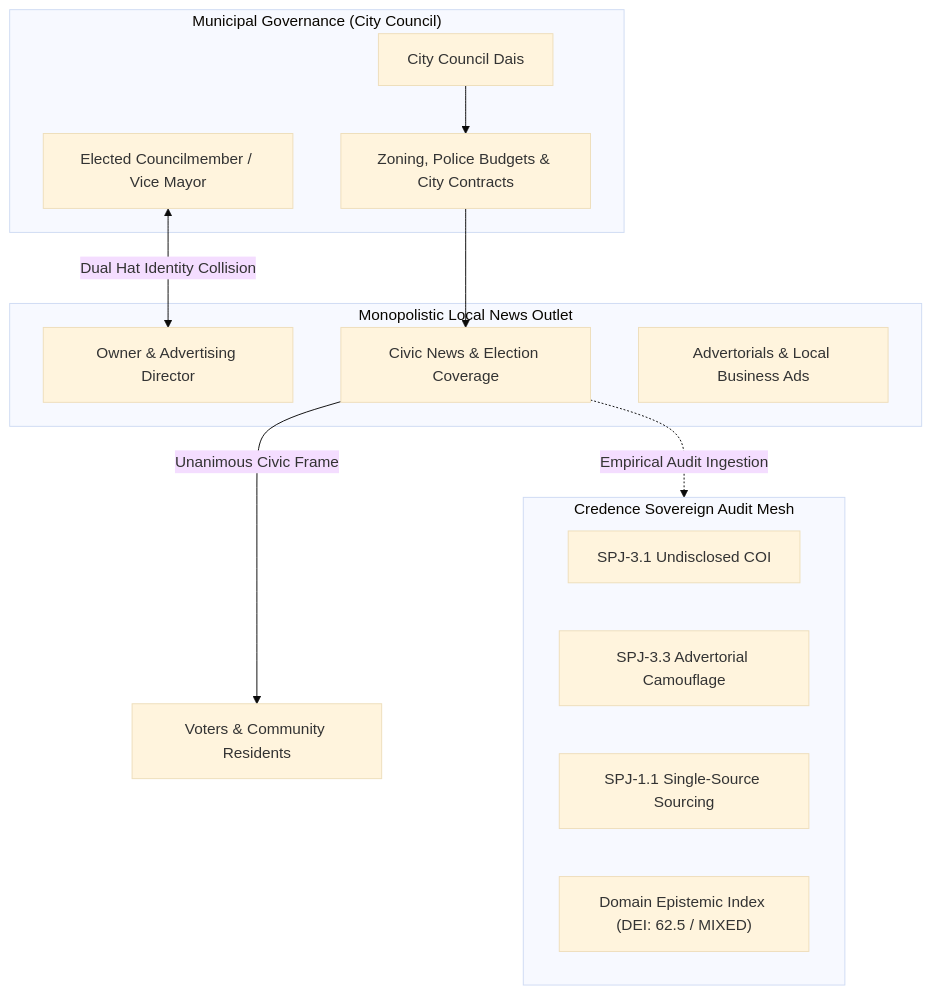
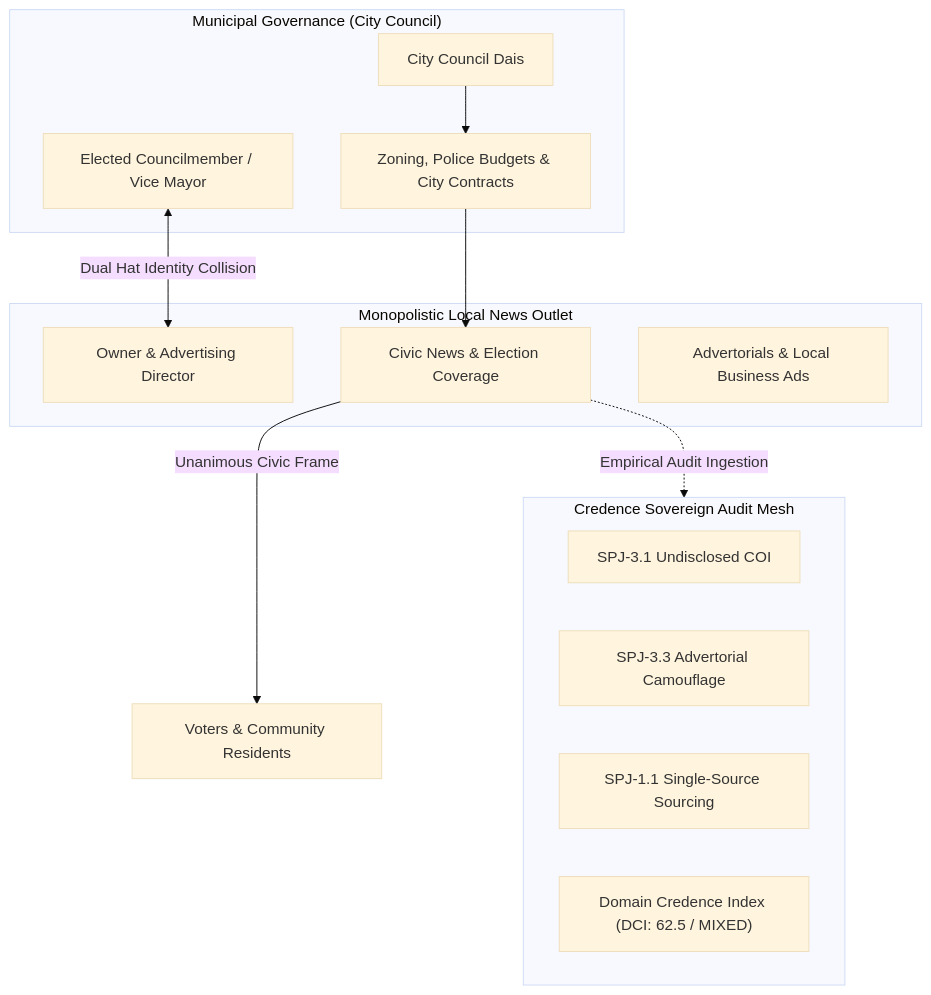
Before and after one commit to artibyrd/credence-docs: the diagram in blog/conflict-of-pun-terest.md, drawn with Mermaid (base theme). The commit also changed other lines of this file and 16 other files, not shown here.

Commit message:
docs: release v2.0.0 with modular architecture blueprints, DCI lexicon, and migration guide

````diff
--- a/blog/conflict-of-pun-terest.md
+++ b/blog/conflict-of-pun-terest.md
@@ -17,27 +17,27 @@
 ```mermaid
 flowchart TD
     subgraph CityHall["Municipal Governance (City Council)"]
         Council["City Council Dais"]
         Decisions["Zoning, Police Budgets &amp; City Contracts"]
         Official["Elected Councilmember / Vice Mayor"]
     end
 
     subgraph Media["Monopolistic Local News Outlet"]
         Owner["Owner &amp; Advertising Director"]
         Coverage["Civic News &amp; Election Coverage"]
         AdSales["Advertorials &amp; Local Business Ads"]
     end
 
     Official <-->|"Dual Hat Identity Collision"| Owner
     Council --> Decisions --> Coverage
     Coverage -->|"Unanimous Civic Frame"| Public["Voters &amp; Community Residents"]
 
     subgraph CredenceAudit["Credence Sovereign Audit Mesh"]
         SPJ31["SPJ-3.1 Undisclosed COI"]
         SPJ33["SPJ-3.3 Advertorial Camouflage"]
         SPJ11["SPJ-1.1 Single-Source Sourcing"]
-        DEI["Domain Epistemic Index (DEI: 62.5 / MIXED)"]
+        DCI["Domain Credence Index (DCI: 62.5 / MIXED)"]
     end
 
     Coverage -.->|"Empirical Audit Ingestion"| CredenceAudit
 ```
````
